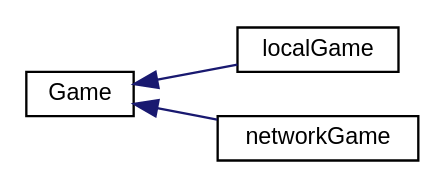
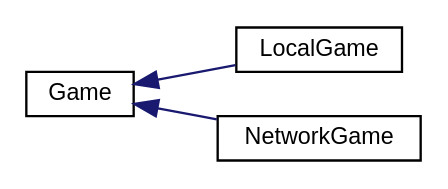
One commit to CharbelALHELOU/Projet-IN204 changed the diagram in doc/inherit_graph_2.dot. Above: the diagram before and after it, drawn with Graphviz. The commit also changed 68 other files, not shown here.

```diff
--- a/doc/inherit_graph_2.dot
+++ b/doc/inherit_graph_2.dot
@@ -1,11 +1,11 @@
 digraph "Graphical Class Hierarchy"
 {
   edge [fontname="Helvetica",fontsize="10",labelfontname="Helvetica",labelfontsize="10"];
   node [fontname="Helvetica",fontsize="10",shape=record];
   rankdir="LR";
   Node0 [label="Game",height=0.2,width=0.4,color="black", fillcolor="white", style="filled",URL="$classGame.html"];
   Node0 -> Node1 [dir="back",color="midnightblue",fontsize="10",style="solid",fontname="Helvetica"];
-  Node1 [label="localGame",height=0.2,width=0.4,color="black", fillcolor="white", style="filled",URL="$classlocalGame.html"];
+  Node1 [label="LocalGame",height=0.2,width=0.4,color="black", fillcolor="white", style="filled",URL="$classLocalGame.html"];
   Node0 -> Node2 [dir="back",color="midnightblue",fontsize="10",style="solid",fontname="Helvetica"];
-  Node2 [label="networkGame",height=0.2,width=0.4,color="black", fillcolor="white", style="filled",URL="$classnetworkGame.html"];
+  Node2 [label="NetworkGame",height=0.2,width=0.4,color="black", fillcolor="white", style="filled",URL="$classNetworkGame.html"];
 }
```
